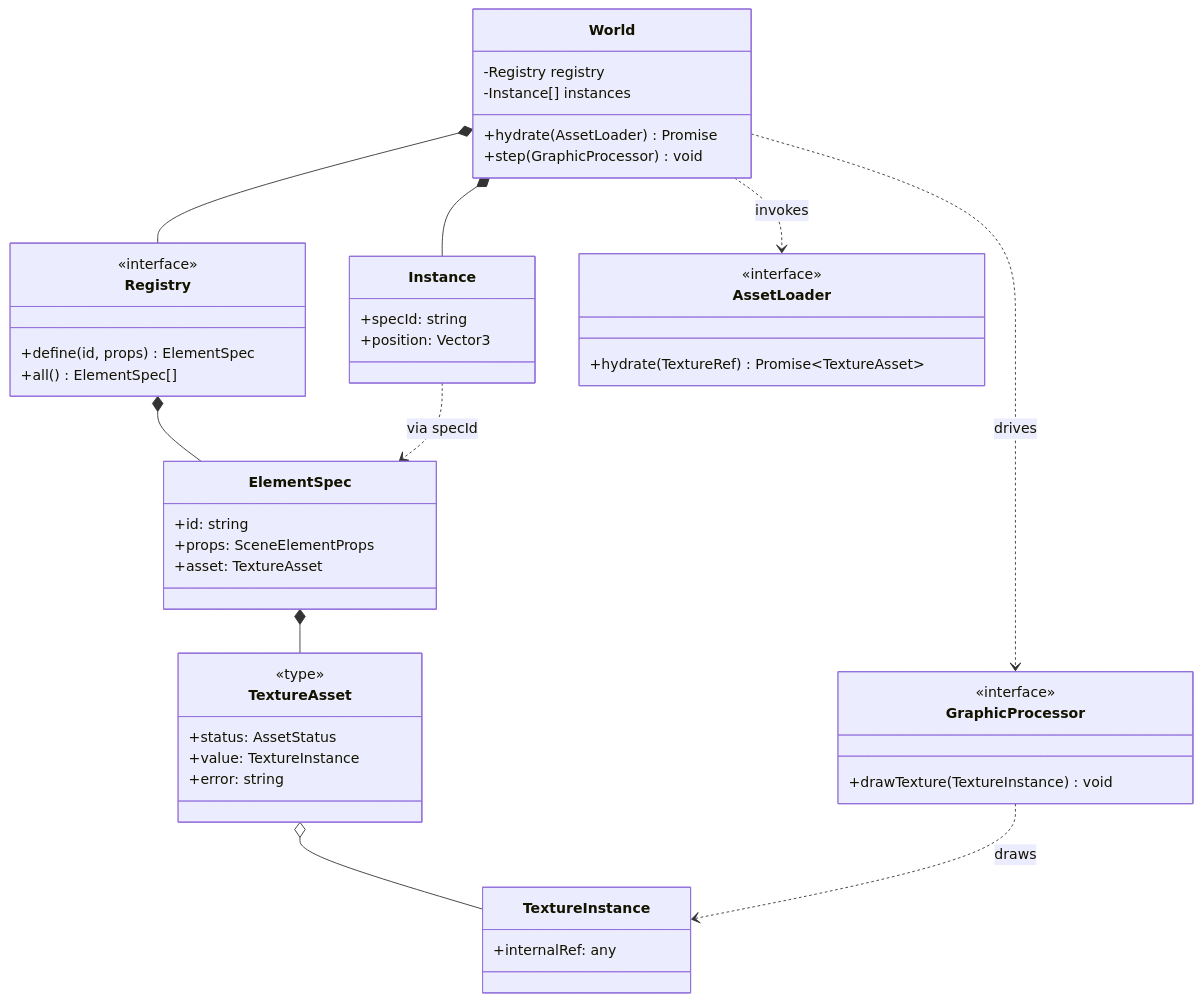
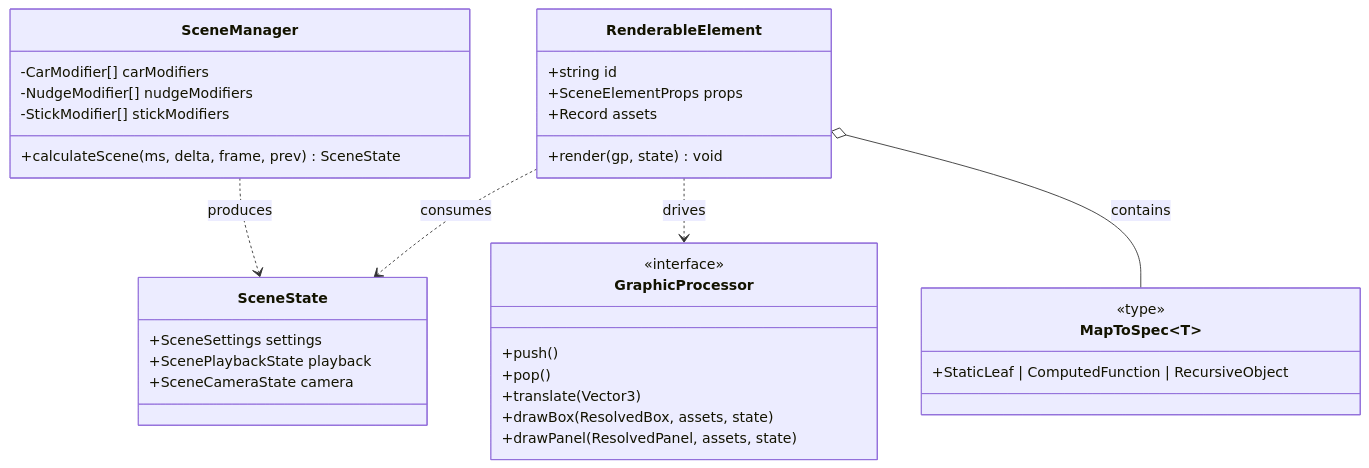
One commit to thiagomata/parallax changed the second of 2 diagrams in README.md. Above: the diagram before and after it, drawn with Mermaid. The commit also changed other lines of this file and 22 other files, not shown here.

````diff
--- a/README.md
+++ b/README.md
@@ -9,59 +201,41 @@
 ```mermaid
 classDiagram
-    class World {
-        -Registry registry
-        -Instance[] instances
-        +hydrate(AssetLoader) Promise
-        +step(GraphicProcessor) void
+    class SceneState {
+        +SceneSettings settings
+        +ScenePlaybackState playback
+        +SceneCameraState camera
     }
 
-    class Registry {
-        <<interface>>
-        +define(id, props) ElementSpec
-        +all() ElementSpec[]
+    class SceneManager {
+        -CarModifier[] carModifiers
+        -NudgeModifier[] nudgeModifiers
+        -StickModifier[] stickModifiers
+        +calculateScene(ms, delta, frame, prev) SceneState
     }
 
-    class ElementSpec {
-        +id: string
-        +props: SceneElementProps
-        +asset: TextureAsset
+    class MapToSpec~T~ {
+        <<type>>
+        +StaticLeaf | ComputedFunction | RecursiveObject
     }
 
-    class Instance {
-        +specId: string
-        +position: Vector3
-    }
-
-    class TextureAsset {
-        <<type>>
-        +status: AssetStatus
-        +value: TextureInstance
-        +error: string
-    }
-
-    class TextureInstance {
-        +internalRef: any
-    }
-
-    class AssetLoader {
-        <<interface>>
-        +hydrate(TextureRef) Promise~TextureAsset~
+    class RenderableElement {
+        +string id
+        +SceneElementProps props
+        +Record assets
+        +render(gp, state) void
     }
 
     class GraphicProcessor {
         <<interface>>
-        +drawTexture(TextureInstance) void
+        +push()
+        +pop()
+        +translate(Vector3)
+        +drawBox(ResolvedBox, assets, state)
+        +drawPanel(ResolvedPanel, assets, state)
     }
 
-%% Structural Links
-    World *-- Registry
-    World *-- Instance
-    Registry *-- ElementSpec
-    ElementSpec *-- TextureAsset
-    TextureAsset o-- TextureInstance
-    Instance ..> ElementSpec: via specId
-%% Interaction Links
-    World ..> AssetLoader: invokes
-    World ..> GraphicProcessor: drives
-    GraphicProcessor ..> TextureInstance: draws
+    SceneManager ..> SceneState : produces
+    RenderableElement ..> SceneState : consumes
+    RenderableElement ..> GraphicProcessor : drives
+    RenderableElement o-- MapToSpec : contains
 ```
````
